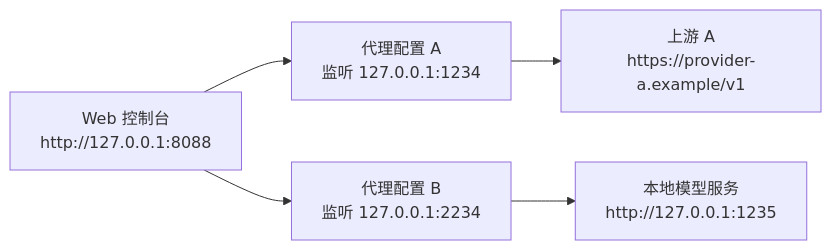
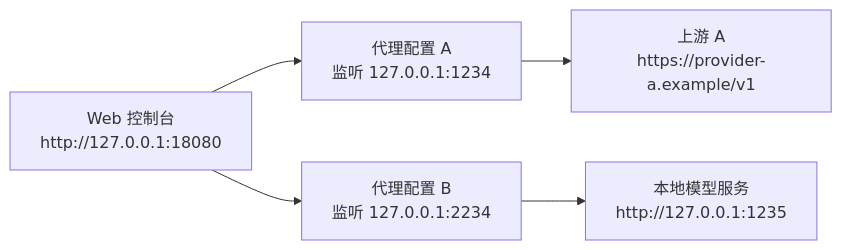
The first of 2 diagrams in README.cn.md (hongguifeng/local_ai_proxy), drawn with Mermaid before and after one commit. The commit also changed other lines of this file and 25 other files, not shown here.

````diff
--- a/README.cn.md
+++ b/README.cn.md
@@ -17,7 +17,7 @@
 ```mermaid
 flowchart LR
-  UI["Web 控制台<br/>http://127.0.0.1:8088"] --> P1["代理配置 A<br/>监听 127.0.0.1:1234"]
+  UI["Web 控制台<br/>http://127.0.0.1:18080"] --> P1["代理配置 A<br/>监听 127.0.0.1:1234"]
   UI --> P2["代理配置 B<br/>监听 127.0.0.1:2234"]
   P1 --> A1["上游 A<br/>https://provider-a.example/v1"]
   P2 --> B1["本地模型服务<br/>http://127.0.0.1:1235"]
 ```
````
